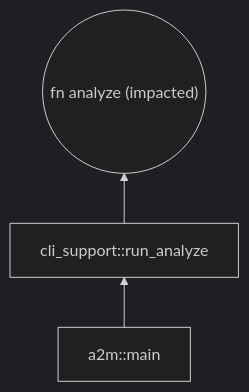
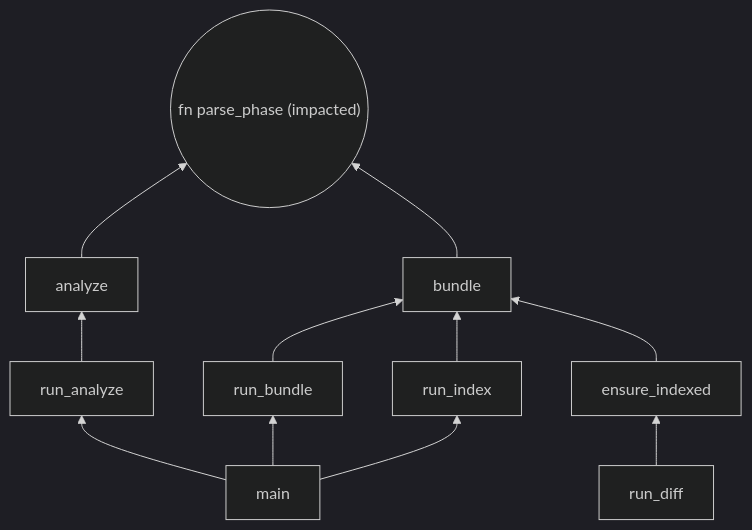
One commit to anatta-rs/ast-to-mermaid changed the second of 5 diagrams in README.md. Above: the diagram before and after it, drawn with Mermaid (dark theme). The commit also changed other lines of this file, not shown here.

Commit message:
docs(readme): swap impact example from analyze to parse_phase
The previous example (`a2m impact analyze`) was the smallest possible
case: 3 nodes, 2 edges, single linear chain `main → run_analyze →
analyze`. That sells the feature short.

`pipeline::parse_phase` is a private helper called by both
`pipeline::analyze` and `pipeline::bundle`, which makes it the
convergence point for every subcommand that runs the parse loop.
Real impact output: 9 nodes, 10 edges, three layers deep.

What the new diagram tells you in two seconds:
- Five entry points (run_analyze / run_bundle / run_index / run_diff /
  ensure_indexed) all eventually reach parse_phase.
- run_diff uses parse_phase indirectly via ensure_indexed → bundle —
  the two-hop reverse traversal that's the whole point of `impact`.
- A change to parse_phase needs to be verified across all five
  surface paths.

That's the "is it safe to refactor this internal helper?" question
the impact verb is meant to answer in seconds.

````diff
--- a/README.md
+++ b/README.md
@@ -53,8 +53,22 @@
 ```mermaid
 graph BT
-    analyze(("fn analyze (impacted)"))
-    a2m_main["a2m::main"]
-    run_analyze["cli_support::run_analyze"]
-    a2m_main --> run_analyze
+    parse_phase(("fn parse_phase (impacted)"))
+    main["main"]
+    run_analyze["run_analyze"]
+    run_bundle["run_bundle"]
+    run_index["run_index"]
+    run_diff["run_diff"]
+    ensure_indexed["ensure_indexed"]
+    analyze["analyze"]
+    bundle["bundle"]
+    main --> run_analyze
+    main --> run_bundle
+    main --> run_index
     run_analyze --> analyze
+    run_bundle --> bundle
+    run_index --> bundle
+    run_diff --> ensure_indexed
+    ensure_indexed --> bundle
+    analyze --> parse_phase
+    bundle --> parse_phase
 ```
````
